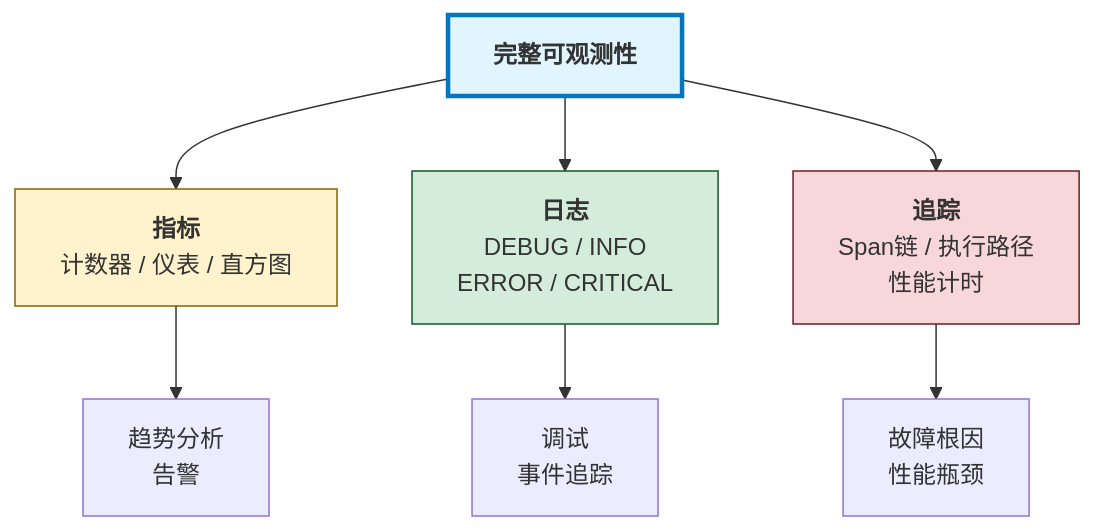
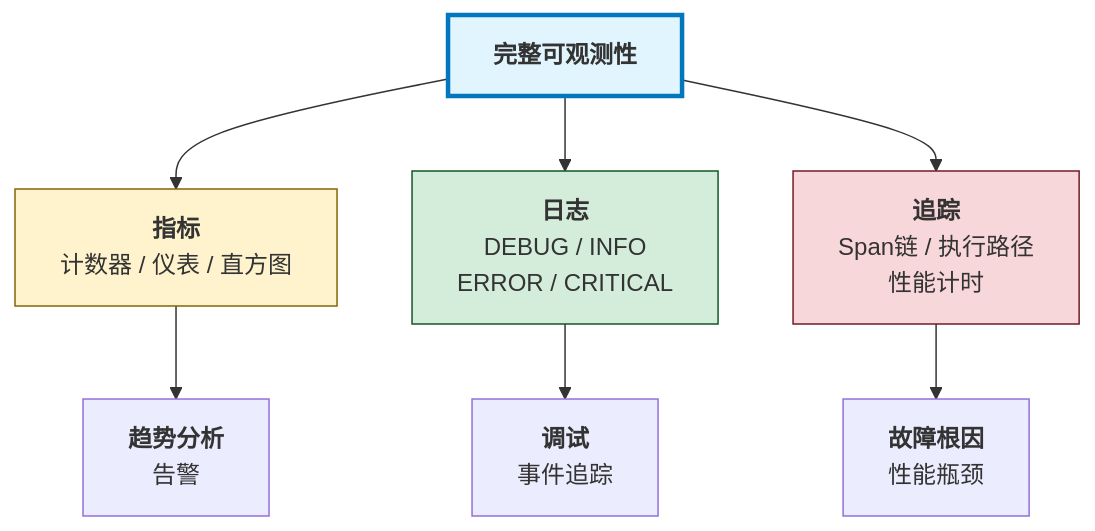
The diagram in 11_reliability/11.1_observability.md (yeasy/harness_engineering_guide), drawn with Mermaid before and after one commit. The commit also changed other lines of this file and 15 other files, not shown here.

````diff
--- a/11_reliability/11.1_observability.md
+++ b/11_reliability/11.1_observability.md
@@ -19,29 +19,29 @@
 ```mermaid
 graph TB
     A["<b>完整可观测性</b>"]
 
     B["<b>指标</b><br/>计数器 / 仪表 / 直方图"]
 
     C["<b>日志</b><br/>DEBUG / INFO<br/>ERROR / CRITICAL"]
 
     D["<b>追踪</b><br/>Span链 / 执行路径<br/>性能计时"]
 
-    E["趋势分析<br/>告警"]
+    E["<b>趋势分析</b><br/>告警"]
 
-    F["调试<br/>事件追踪"]
+    F["<b>调试</b><br/>事件追踪"]
 
-    G["故障根因<br/>性能瓶颈"]
+    G["<b>故障根因</b><br/>性能瓶颈"]
 
     A --> B
     A --> C
     A --> D
 
     B --> E
     C --> F
     D --> G
 
     style A fill:#e1f5ff,stroke:#0277bd,stroke-width:3px
     style B fill:#fff3cd,stroke:#856404
     style C fill:#d4edda,stroke:#155724
     style D fill:#f8d7da,stroke:#721c24
 ```
````
